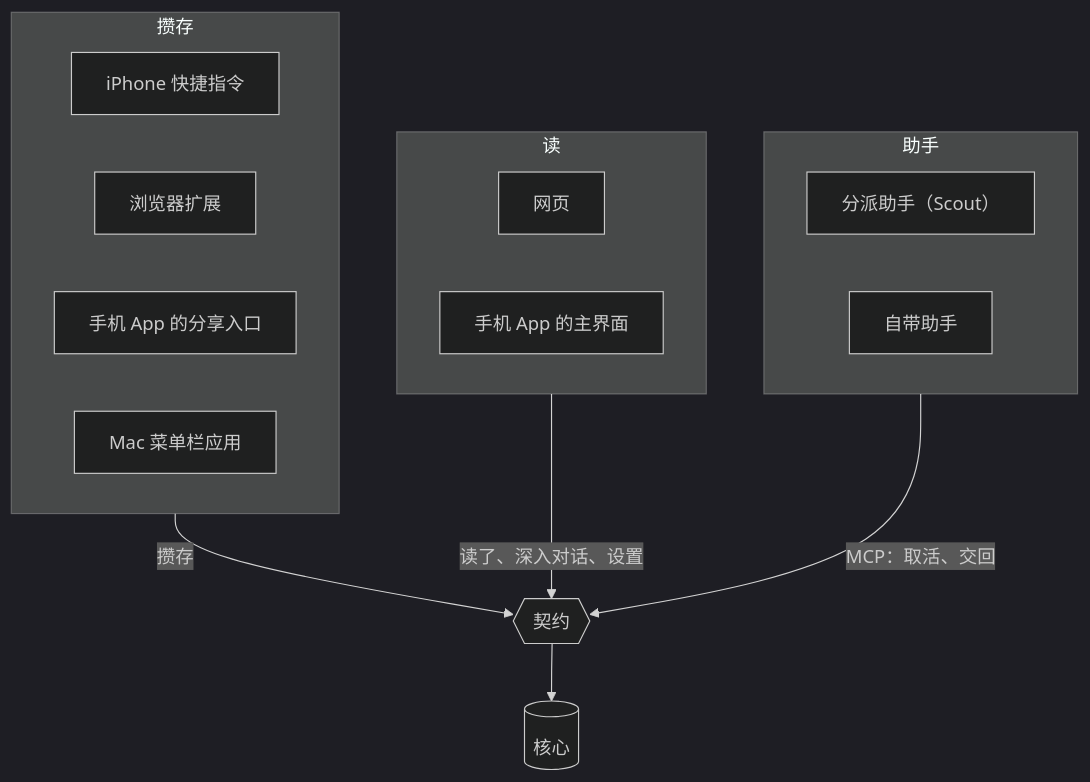
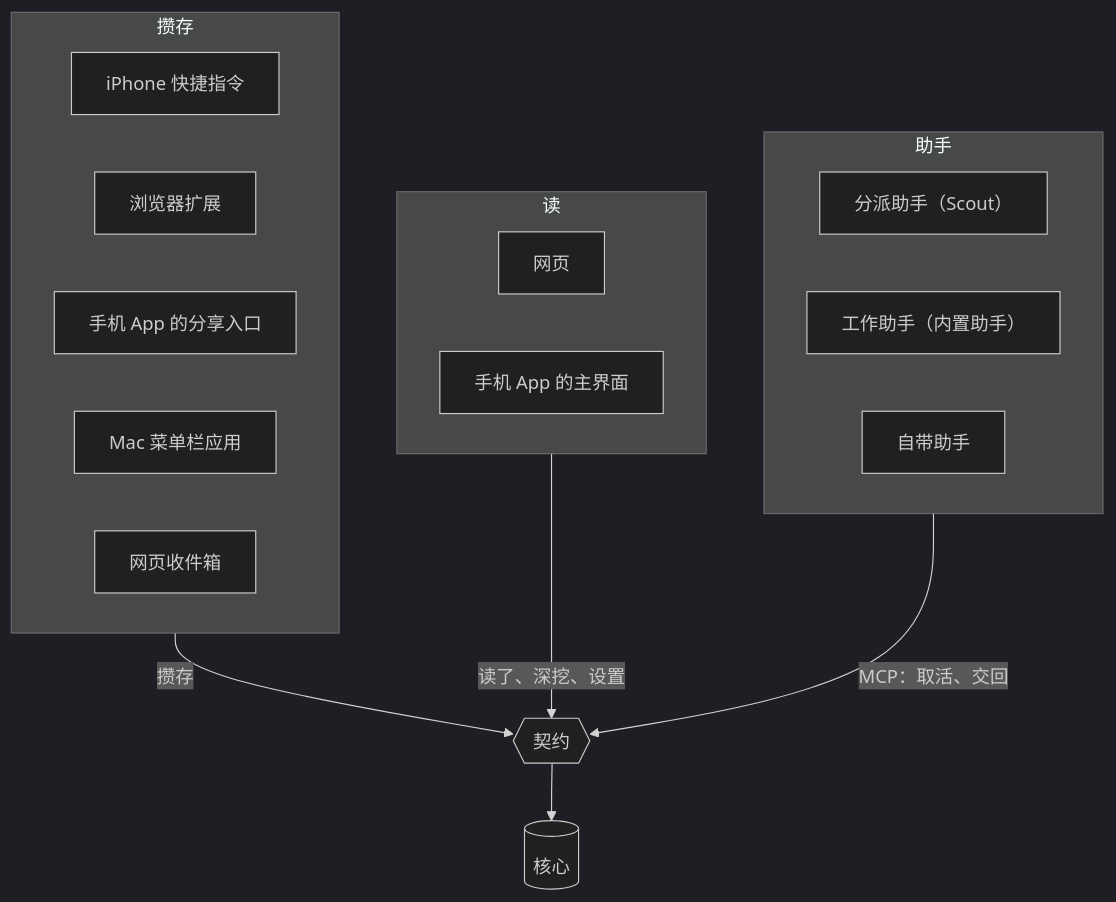
The diagram in product/platforms.md (KeepEssenceApp/spec), drawn with Mermaid (dark theme) before and after one commit. The commit also changed other lines of this file and 17 other files, not shown here.

````diff
--- a/product/platforms.md
+++ b/product/platforms.md
@@ -5,23 +5,25 @@
 ```mermaid
 flowchart TB
     subgraph capture["攒存"]
         SC["iPhone 快捷指令"]
         EX["浏览器扩展"]
         SH["手机 App 的分享入口"]
         MAC["Mac 菜单栏应用"]
+        WIN["网页收件箱"]
     end
     subgraph reading["读"]
         WEB["网页"]
         APP["手机 App 的主界面"]
     end
     subgraph assistants["助手"]
         SCOUT["分派助手（Scout）"]
+        WORK["工作助手（内置助手）"]
         OWN["自带助手"]
     end
     CT{{"契约"}}
     CORE[("核心")]
     capture -->|"攒存"| CT
-    reading -->|"读了、深入对话、设置"| CT
+    reading -->|"读了、深挖、设置"| CT
     assistants -->|"MCP：取活、交回"| CT
     CT --> CORE
 ```
````
